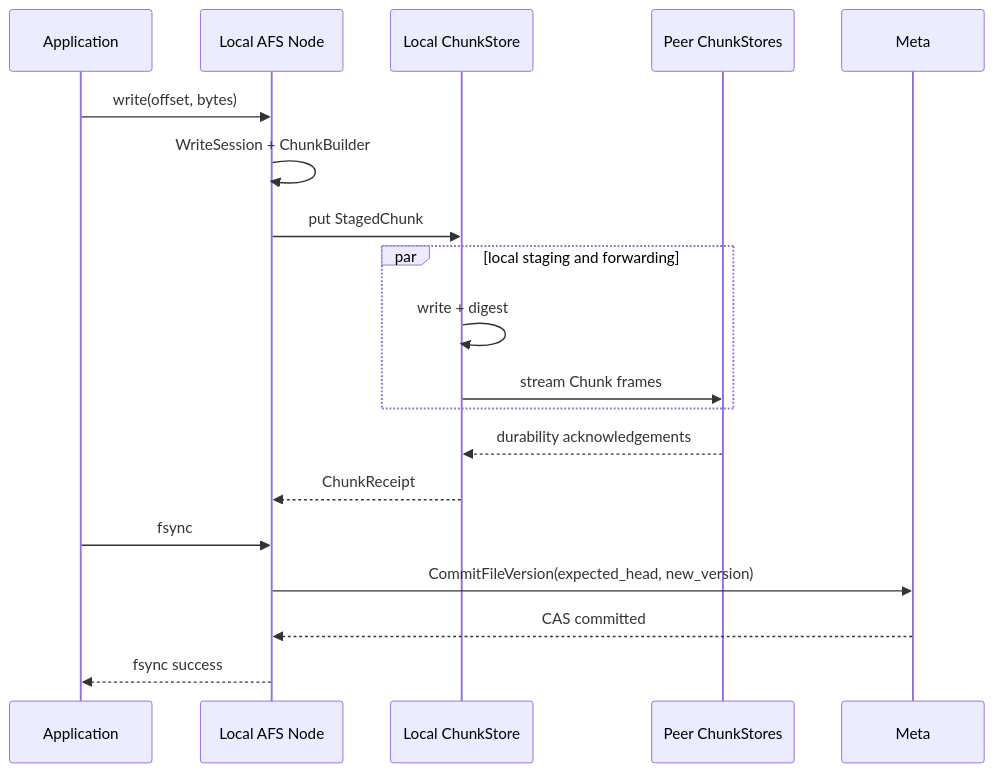
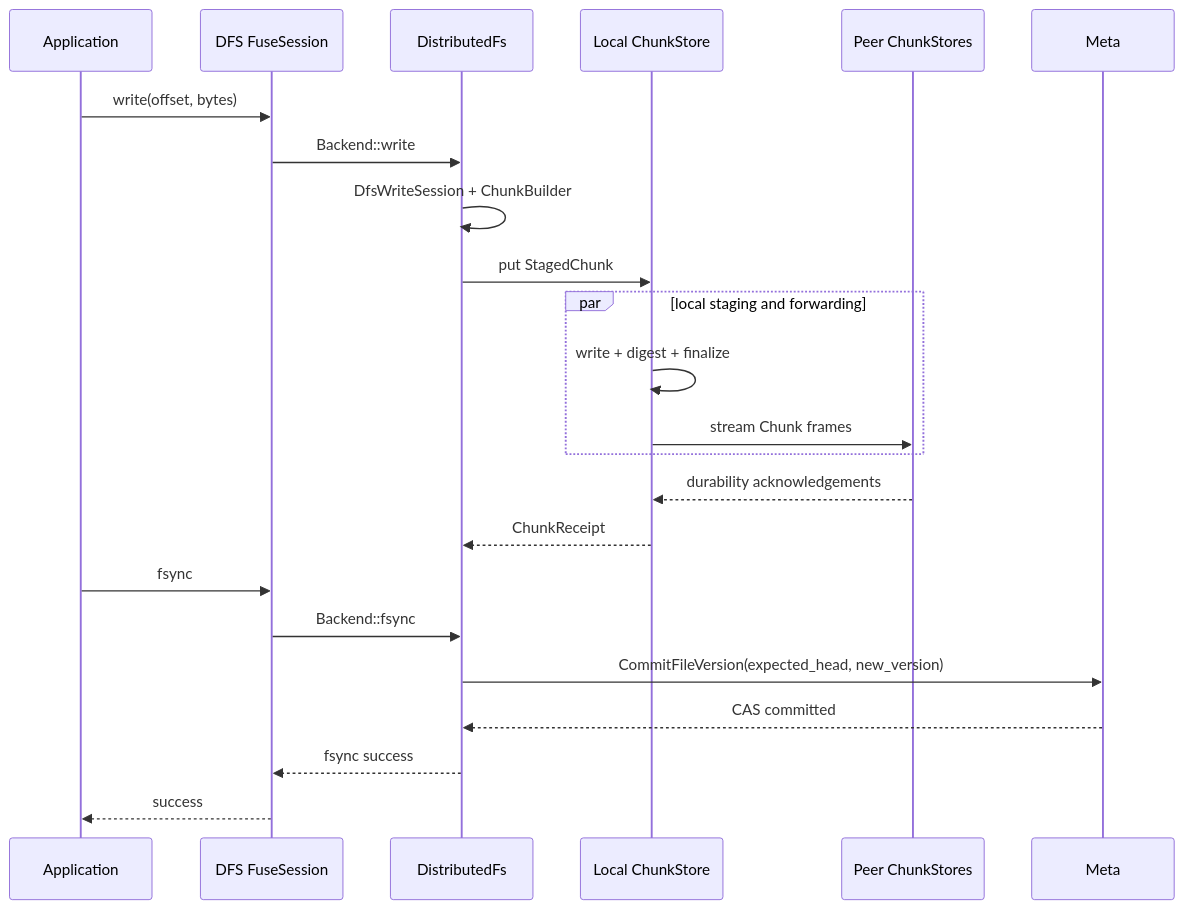
One commit to lelezi257/dms changed the second of 2 diagrams in docs/architecture/overview.md. Above: the diagram before and after it, drawn with Mermaid. The commit also changed other lines of this file and 11 other files, not shown here.

````diff
--- a/docs/architecture/overview.md
+++ b/docs/architecture/overview.md
@@ -115,22 +153,26 @@
 ```mermaid
 sequenceDiagram
     participant A as Application
-    participant N as Local AFS Node
+    participant F as DFS FuseSession
+    participant D as DistributedFs
     participant S as Local ChunkStore
     participant P as Peer ChunkStores
     participant M as Meta
 
-    A->>N: write(offset, bytes)
-    N->>N: WriteSession + ChunkBuilder
-    N->>S: put StagedChunk
+    A->>F: write(offset, bytes)
+    F->>D: Backend::write
+    D->>D: DfsWriteSession + ChunkBuilder
+    D->>S: put StagedChunk
     par local staging and forwarding
-        S->>S: write + digest
+        S->>S: write + digest + finalize
         S->>P: stream Chunk frames
     end
     P-->>S: durability acknowledgements
-    S-->>N: ChunkReceipt
-    A->>N: fsync
-    N->>M: CommitFileVersion(expected_head, new_version)
-    M-->>N: CAS committed
-    N-->>A: fsync success
+    S-->>D: ChunkReceipt
+    A->>F: fsync
+    F->>D: Backend::fsync
+    D->>M: CommitFileVersion(expected_head, new_version)
+    M-->>D: CAS committed
+    D-->>F: fsync success
+    F-->>A: success
 ```
````
